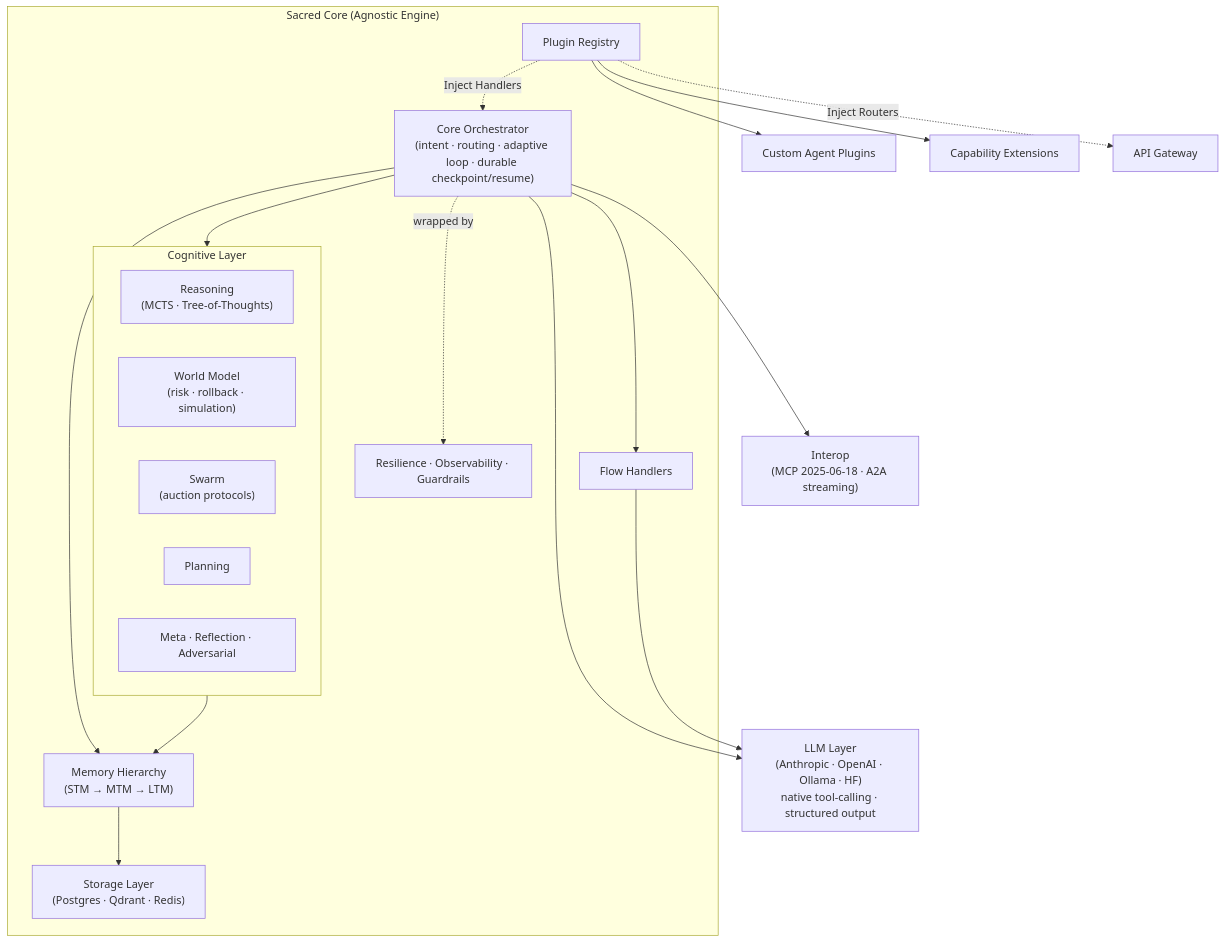
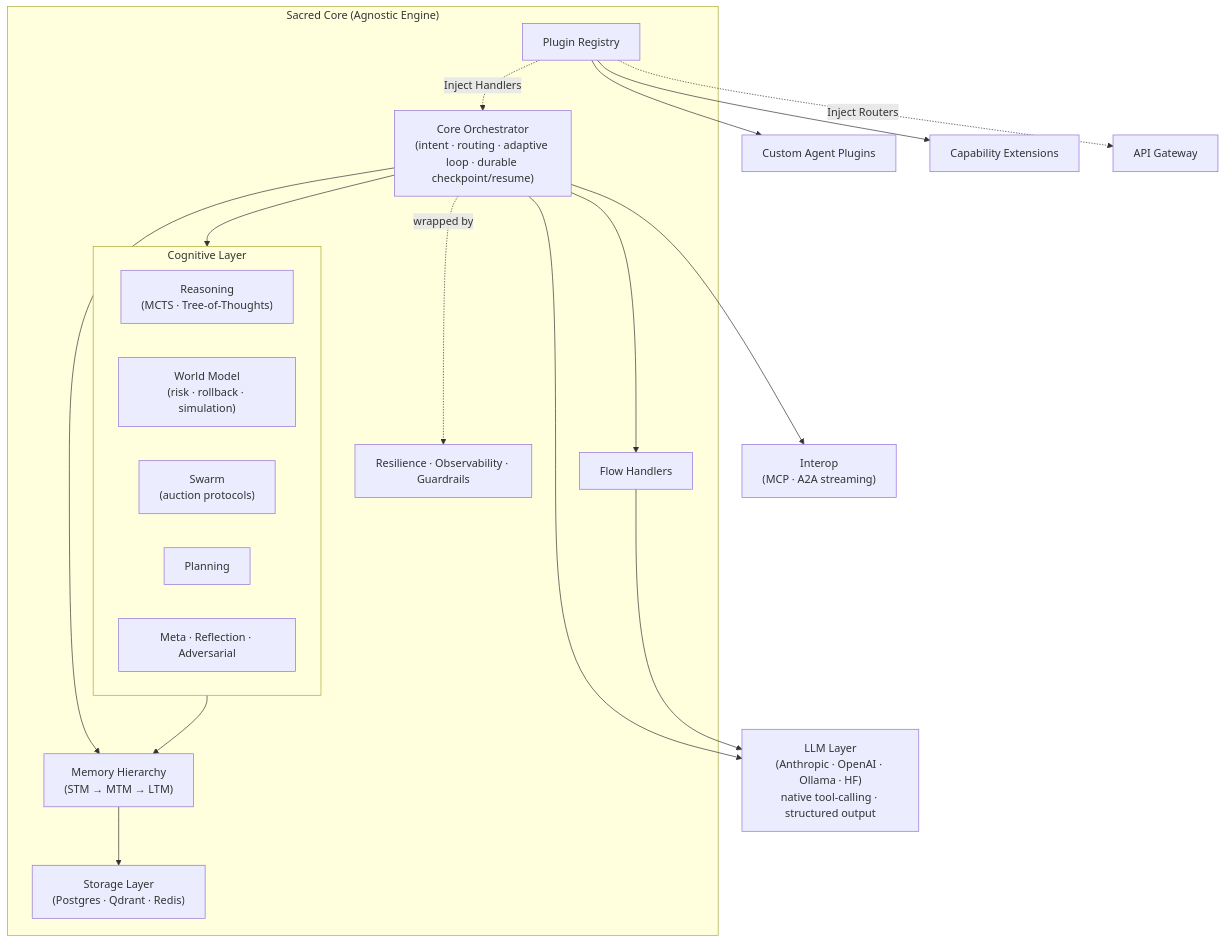
One commit to baselithcore/baselithcore changed the diagram in README.md. Above: the diagram before and after it, drawn with Mermaid. The commit also changed 142 other files, not shown here.

````diff
--- a/README.md
+++ b/README.md
@@ -48,37 +48,37 @@
 ```mermaid
 graph TD
     subgraph SC["Sacred Core (Agnostic Engine)"]
         A["Core Orchestrator<br/>(intent · routing · adaptive loop · durable checkpoint/resume)"]
         F["Flow Handlers"]
 
         subgraph COG["Cognitive Layer"]
             RE["Reasoning<br/>(MCTS · Tree-of-Thoughts)"]
             WM["World Model<br/>(risk · rollback · simulation)"]
             SW["Swarm<br/>(auction protocols)"]
             PL["Planning"]
             MT["Meta · Reflection · Adversarial"]
         end
 
         M["Memory Hierarchy<br/>(STM → MTM → LTM)"]
         S["Storage Layer<br/>(Postgres · Qdrant · Redis)"]
         R["Plugin Registry"]
         RES["Resilience · Observability · Guardrails"]
     end
 
     A --> COG
     A --> F
     A --> M
     M --> S
     COG --> M
 
     R --> C["Custom Agent Plugins"]
     R --> D["Capability Extensions"]
     R -.->|Inject Handlers| A
     R -.->|Inject Routers| G["API Gateway"]
 
     A --> H["LLM Layer<br/>(Anthropic · OpenAI · Ollama · HF)<br/>native tool-calling · structured output"]
     F --> H
 
-    A --> I["Interop<br/>(MCP 2025-06-18 · A2A streaming)"]
+    A --> I["Interop<br/>(MCP · A2A streaming)"]
     A -.->|wrapped by| RES
 ```
````
